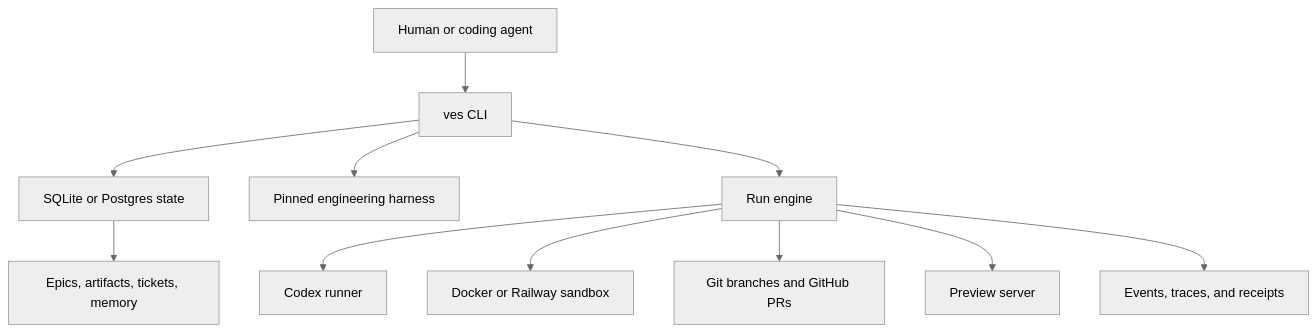
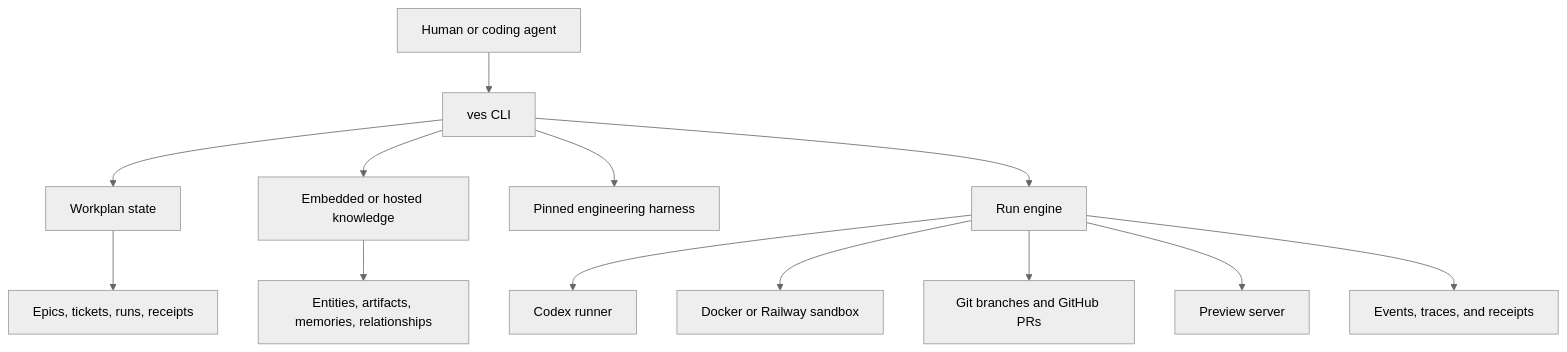
The second of 3 diagrams in README.md (vessica-labs/vessica-cli), drawn with Mermaid (neutral theme) before and after one commit. The commit also changed other lines of this file and 28 other files, not shown here.

````diff
--- a/README.md
+++ b/README.md
@@ -150,13 +150,15 @@
 ```mermaid
 flowchart TB
     U["Human or coding agent"] --> CLI["ves CLI"]
-    CLI --> S["SQLite or Postgres state"]
+    CLI --> S["Workplan state"]
+    CLI --> K["Embedded or hosted knowledge"]
     CLI --> H["Pinned engineering harness"]
     CLI --> R["Run engine"]
     R --> A["Codex runner"]
     R --> X["Docker or Railway sandbox"]
     R --> G["Git branches and GitHub PRs"]
     R --> P["Preview server"]
     R --> O["Events, traces, and receipts"]
-    S --> T["Epics, artifacts, tickets, memory"]
+    S --> T["Epics, tickets, runs, receipts"]
+    K --> N["Entities, artifacts, memories, relationships"]
 ```
````
